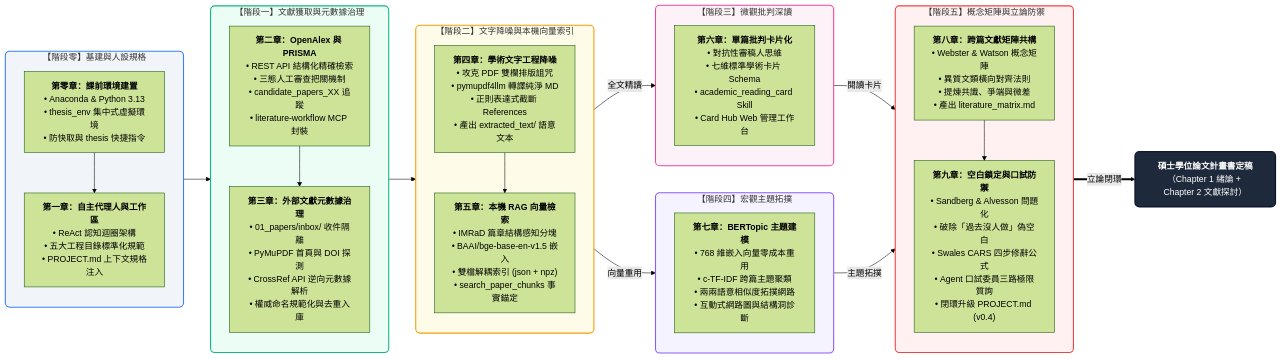
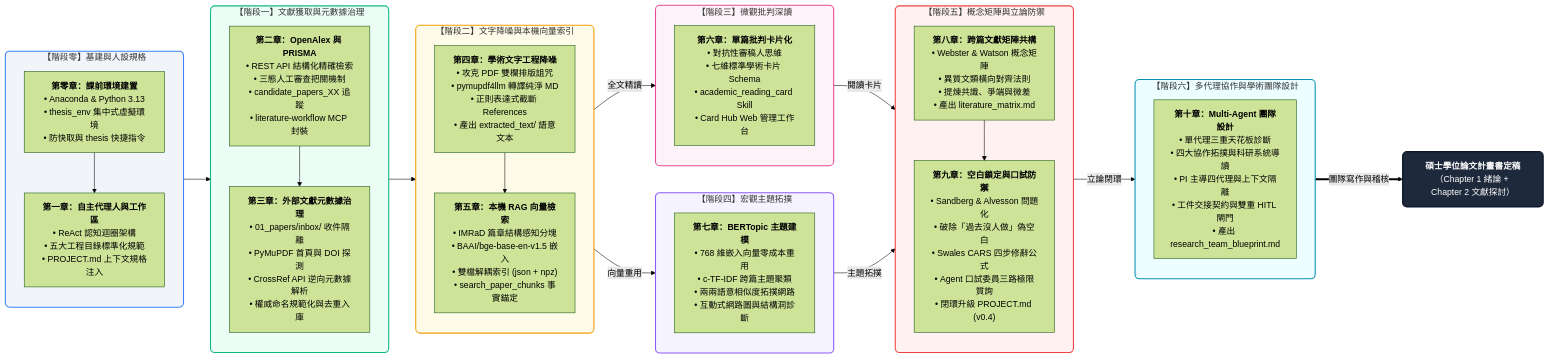
The second of 2 diagrams in COURSE_INDEX.md (sungchien/literature_agent), drawn with Mermaid (forest theme) before and after one commit. The commit also changed other lines of this file and 20 other files, not shown here.

````diff
--- a/COURSE_INDEX.md
+++ b/COURSE_INDEX.md
@@ -143,58 +156,65 @@
 ```mermaid
 flowchart LR
     subgraph S0["【階段零】基建與人設規格"]
         direction TB
         C00["<b>第零章：課前環境建置</b><br/>• Anaconda & Python 3.13<br/>• thesis_env 集中式虛擬環境<br/>• 防快取與 thesis 快捷指令"]
         C01["<b>第一章：自主代理人與工作區</b><br/>• ReAct 認知迴圈架構<br/>• 五大工程目錄標準化規範<br/>• PROJECT.md 上下文規格注入"]
         C00 --> C01
     end
 
     subgraph S1["【階段一】文獻獲取與元數據治理"]
         direction TB
         C02["<b>第二章：OpenAlex 與 PRISMA</b><br/>• REST API 結構化精確檢索<br/>• 三態人工審查把關機制<br/>• candidate_papers_XX 追蹤<br/>• literature-workflow MCP 封裝"]
         C03["<b>第三章：外部文獻元數據治理</b><br/>• 01_papers/inbox/ 收件隔離<br/>• PyMuPDF 首頁與 DOI 探測<br/>• CrossRef API 逆向元數據解析<br/>• 權威命名規範化與去重入庫"]
         C02 --> C03
     end
 
     subgraph S2["【階段二】文字降噪與本機向量索引"]
         direction TB
         C04["<b>第四章：學術文字工程降噪</b><br/>• 攻克 PDF 雙欄排版詛咒<br/>• pymupdf4llm 轉譯純淨 MD<br/>• 正則表達式截斷 References<br/>• 產出 extracted_text/ 語意文本"]
         C05["<b>第五章：本機 RAG 向量檢索</b><br/>• IMRaD 篇章結構感知分塊<br/>• BAAI/bge-base-en-v1.5 嵌入<br/>• 雙檔解耦索引 (json + npz)<br/>• search_paper_chunks 事實錨定"]
         C04 --> C05
     end
 
     subgraph S3["【階段三】微觀批判深讀"]
         direction TB
         C06["<b>第六章：單篇批判卡片化</b><br/>• 對抗性審稿人思維<br/>• 七維標準學術卡片 Schema<br/>• academic_reading_card Skill<br/>• Card Hub Web 管理工作台"]
     end
 
     subgraph S4["【階段四】宏觀主題拓撲"]
         direction TB
         C07["<b>第七章：BERTopic 主題建模</b><br/>• 768 維嵌入向量零成本重用<br/>• c-TF-IDF 跨篇主題聚類<br/>• 兩兩語意相似度拓撲網路<br/>• 互動式網路圖與結構洞診斷"]
     end
 
     subgraph S5["【階段五】概念矩陣與立論防禦"]
         direction TB
         C08["<b>第八章：跨篇文獻矩陣共構</b><br/>• Webster & Watson 概念矩陣<br/>• 異質文類橫向對齊法則<br/>• 提煉共識、爭端與微差<br/>• 產出 literature_matrix.md"]
         C09["<b>第九章：空白鎖定與口試防禦</b><br/>• Sandberg & Alvesson 問題化<br/>• 破除「過去沒人做」偽空白<br/>• Swales CARS 四步修辭公式<br/>• Agent 口試委員三路極限質詢<br/>• 閉環升級 PROJECT.md (v0.4)"]
         C08 --> C09
     end
 
+    subgraph S6["【階段六】多代理協作與學術團隊設計"]
+        direction TB
+        C10["<b>第十章：Multi-Agent 團隊設計</b><br/>• 單代理三重天花板診斷<br/>• 四大協作拓撲與科研系統導讀<br/>• PI 主導四代理與上下文隔離<br/>• 工件交接契約與雙重 HITL 閘門<br/>• 產出 research_team_blueprint.md"]
+    end
+
     FinalGoal["<b>碩士學位論文計畫書定稿</b><br/>（Chapter 1 緒論 + Chapter 2 文獻探討）"]
 
     S0 --> S1
     S1 --> S2
     S2 -->|"全文精讀"| S3
     S2 -->|"向量重用"| S4
     S3 -->|"閱讀卡片"| C08
     S4 -->|"主題拓撲"| C08
-    C09 ==>|"立論閉環"| FinalGoal
+    C09 -->|"立論閉環"| C10
+    C10 ==>|"團隊寫作與稽核"| FinalGoal
 
     style S0 fill:#f1f5f9,stroke:#3b82f6,stroke-width:2px,rx:8px,ry:8px
     style S1 fill:#ecfdf5,stroke:#10b981,stroke-width:2px,rx:8px,ry:8px
     style S2 fill:#fefce8,stroke:#f59e0b,stroke-width:2px,rx:8px,ry:8px
     style S3 fill:#fdf2f8,stroke:#ec4899,stroke-width:2px,rx:8px,ry:8px
     style S4 fill:#f5f3ff,stroke:#8b5cf6,stroke-width:2px,rx:8px,ry:8px
     style S5 fill:#fff1f2,stroke:#ef4444,stroke-width:2px,rx:8px,ry:8px
+    style S6 fill:#ecfeff,stroke:#0891b2,stroke-width:2px,rx:8px,ry:8px
     style FinalGoal fill:#1e293b,stroke:#0f172a,stroke-width:2.5px,color:#ffffff,rx:8px,ry:8px
 ```
````
